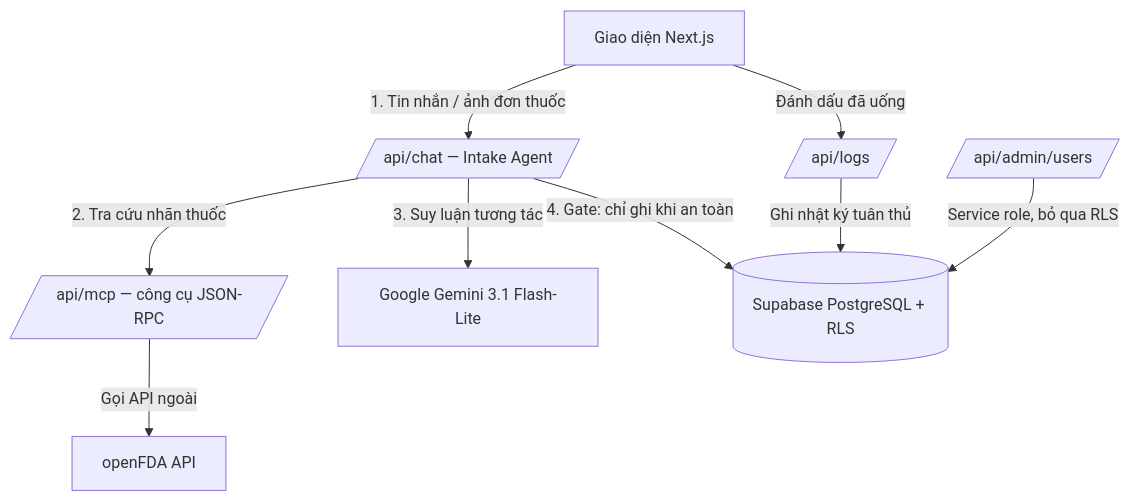
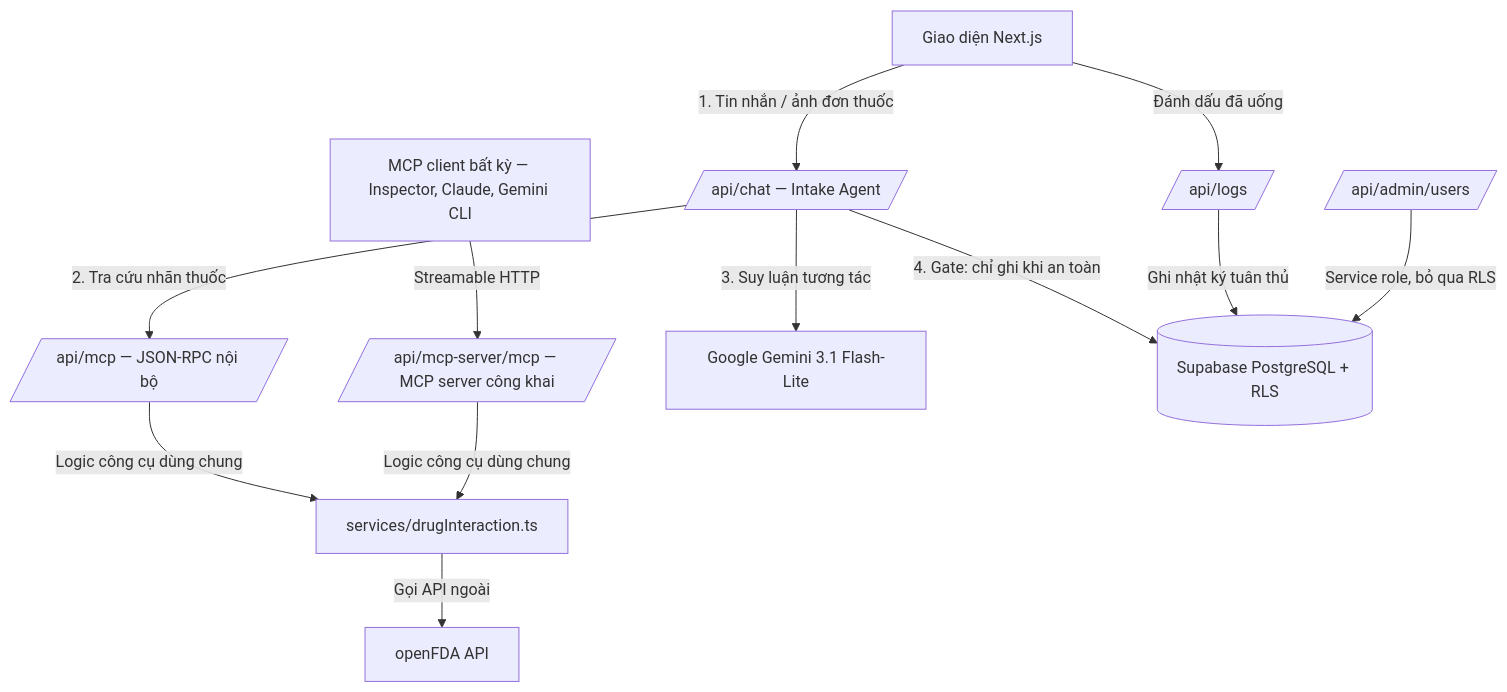
Before and after one commit to lnkhanhtdtu/MediMate-AI: the diagram in README.vi.md, drawn with Mermaid. The commit also changed other lines of this file and 15 other files, not shown here.

First line of the commit message:
feat: spec-compliant MCP server, Gemini CLI agent skills, ERD + docs sync

````diff
--- a/README.vi.md
+++ b/README.vi.md
@@ -31,11 +31,14 @@
 ```mermaid
 graph TD
     Client[Giao diện Next.js] -->|1. Tin nhắn / ảnh đơn thuốc| ChatAPI[/api/chat — Intake Agent/]
     Client -->|Đánh dấu đã uống| LogsAPI[/api/logs/]
-    ChatAPI -->|2. Tra cứu nhãn thuốc| MCP[/api/mcp — công cụ JSON-RPC/]
-    MCP -->|Gọi API ngoài| OpenFDA[openFDA API]
+    ChatAPI -->|2. Tra cứu nhãn thuốc| MCP[/api/mcp — JSON-RPC nội bộ/]
+    MCPClient[MCP client bất kỳ — Inspector, Claude, Gemini CLI] -->|Streamable HTTP| MCPServer[/api/mcp-server/mcp — MCP server công khai/]
+    MCP -->|Logic công cụ dùng chung| Svc[services/drugInteraction.ts]
+    MCPServer -->|Logic công cụ dùng chung| Svc
+    Svc -->|Gọi API ngoài| OpenFDA[openFDA API]
     ChatAPI -->|3. Suy luận tương tác| Gemini[Google Gemini 3.1 Flash-Lite]
     ChatAPI -->|4. Gate: chỉ ghi khi an toàn| DB[(Supabase PostgreSQL + RLS)]
     LogsAPI -->|Ghi nhật ký tuân thủ| DB
     AdminAPI[/api/admin/users/] -->|Service role, bỏ qua RLS| DB
 ```
````
